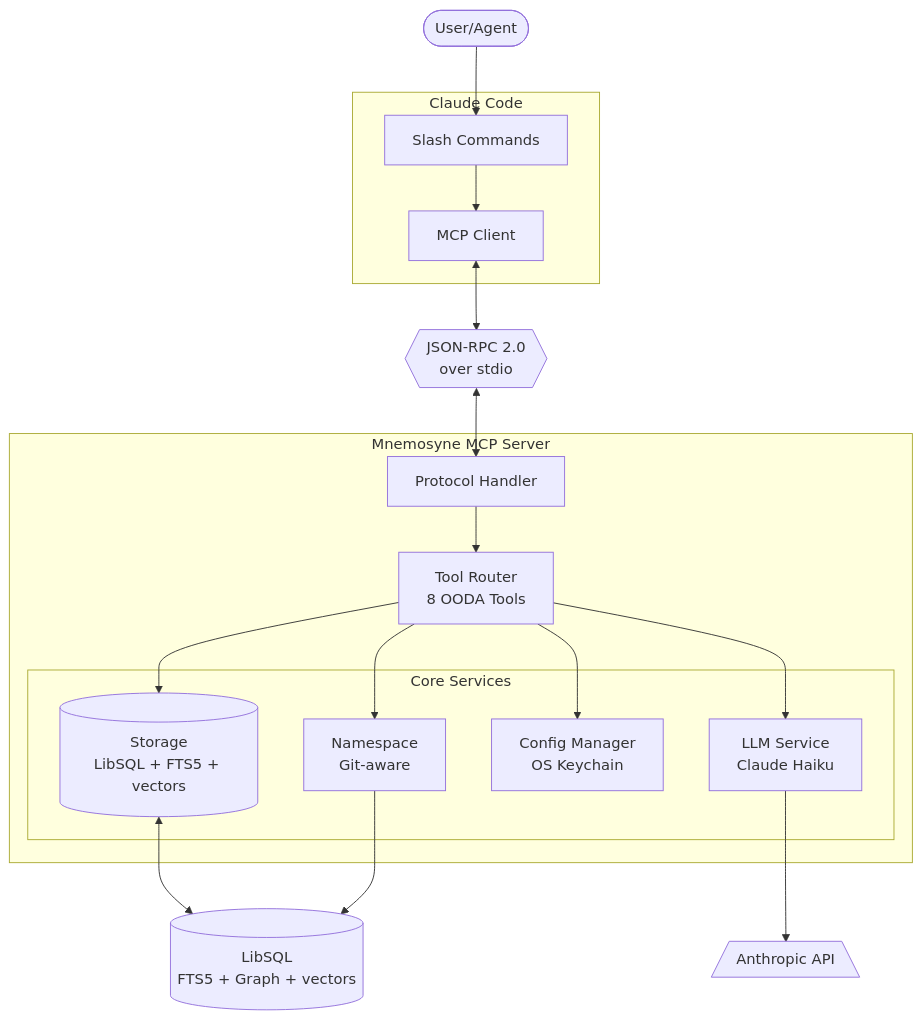
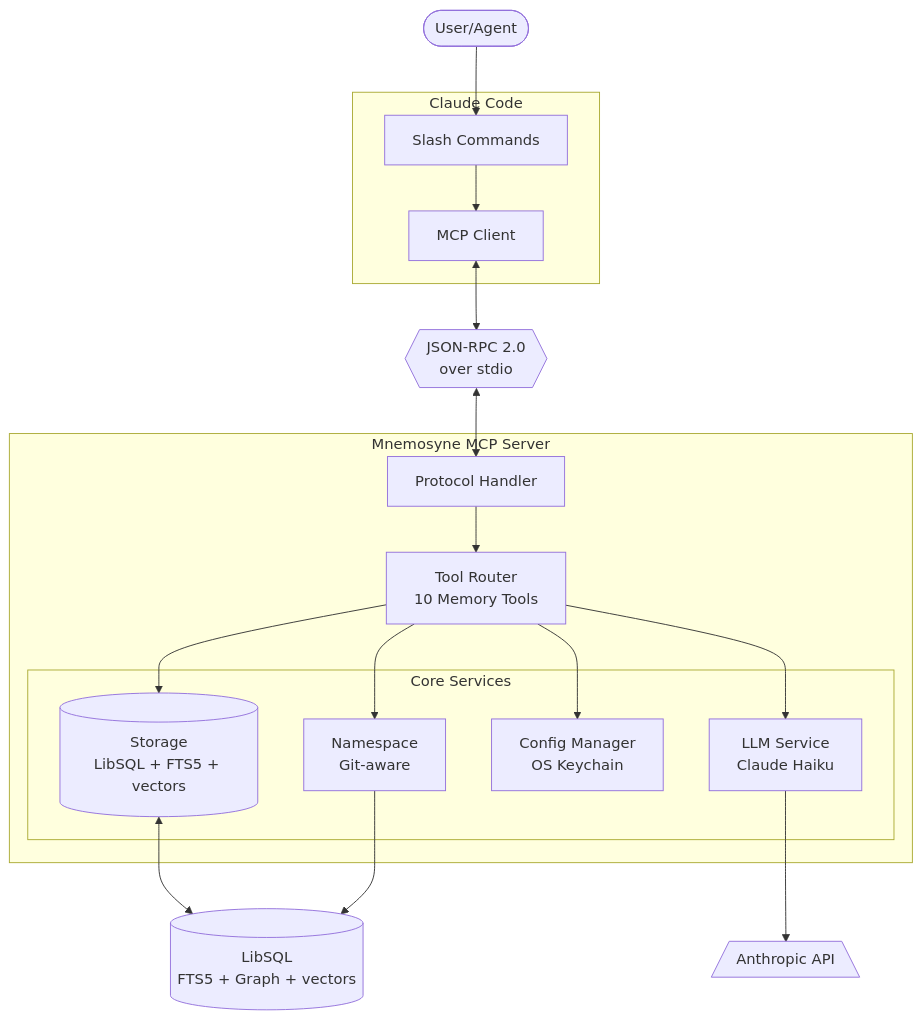
One commit to juanmackie/mnemosyne-hermes changed the diagram in MCP_SERVER.md. Above: the diagram before and after it, drawn with Mermaid. The commit also changed other lines of this file and 1 other file, not shown here.

Commit message:
Refresh MCP and LibSQL documentation

````diff
--- a/MCP_SERVER.md
+++ b/MCP_SERVER.md
@@ -399,41 +399,41 @@
 ```mermaid
 flowchart TD
     User([User/Agent])
 
     subgraph Claude["Claude Code"]
         UI[Slash Commands]
         Client[MCP Client]
     end
 
     Protocol{{JSON-RPC 2.0<br/>over stdio}}
 
     subgraph Server["Mnemosyne MCP Server"]
         Handler[Protocol Handler]
-        Router[Tool Router<br/>8 OODA Tools]
+        Router[Tool Router<br/>10 Memory Tools]
 
         subgraph Services["Core Services"]
             Storage[(Storage<br/>LibSQL + FTS5 + vectors)]
             LLM[LLM Service<br/>Claude Haiku]
             Config[Config Manager<br/>OS Keychain]
             NS[Namespace<br/>Git-aware]
         end
     end
 
     API[/Anthropic API\]
     DB[(LibSQL<br/>FTS5 + Graph + vectors)]
 
     User --> UI
     UI --> Client
     Client <--> Protocol
     Protocol <--> Handler
     Handler --> Router
 
     Router --> Storage
     Router --> LLM
     Router --> Config
     Router --> NS
 
     Storage <--> DB
     LLM --> API
     NS --> DB
 ```
````
